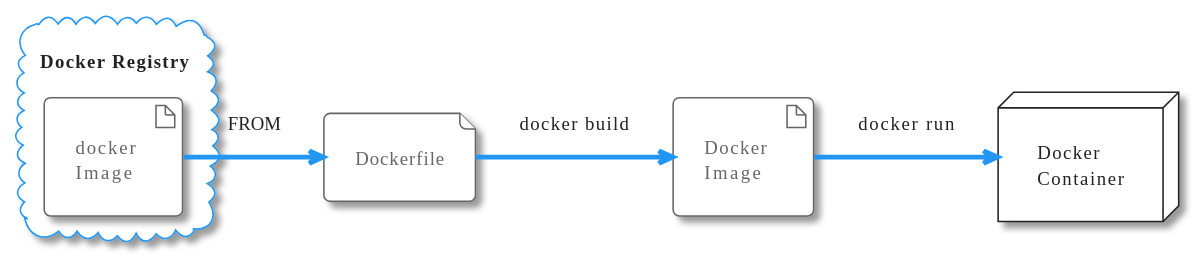
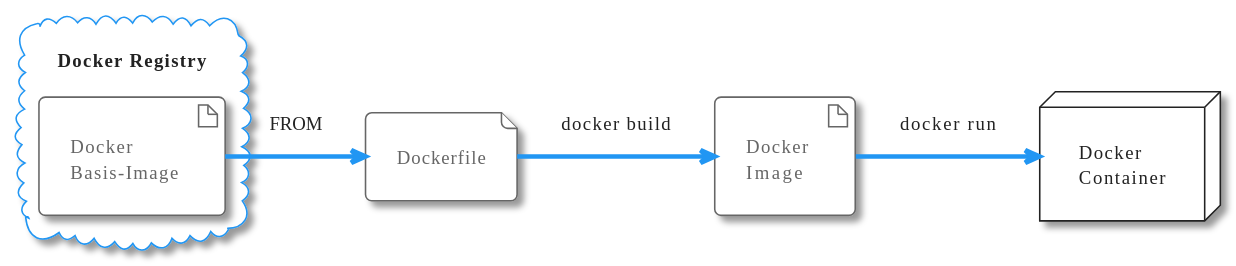
One commit to htl-leonding-college/docker-lecture-notes changed the diagram in asciidocs/dockerfile.adoc. Above: the diagram before and after it, drawn with PlantUML. The commit also changed other lines of this file, not shown here.

Commit message:
make docker command table with asciidoc

```diff
--- a/asciidocs/dockerfile.adoc
+++ b/asciidocs/dockerfile.adoc
@@ -188,16 +188,16 @@
-[plantuml,build-image,png,theme=sketchy-outline]
+[plantuml,build-image,svg,theme=sketchy-outline]
 ----
 @startuml
 !theme materia
 cloud "Docker Registry" {
-    artifact "docker\nImage" as img
+    artifact "Docker\nBasis-Image" as img
 }
 file Dockerfile as dockerfile
 artifact "Docker\nImage" as image
 node "Docker\nContainer" as container
 
 img -> dockerfile: FROM
 dockerfile -> image: docker build
 image -> container: docker run
 @enduml
 ----
```
